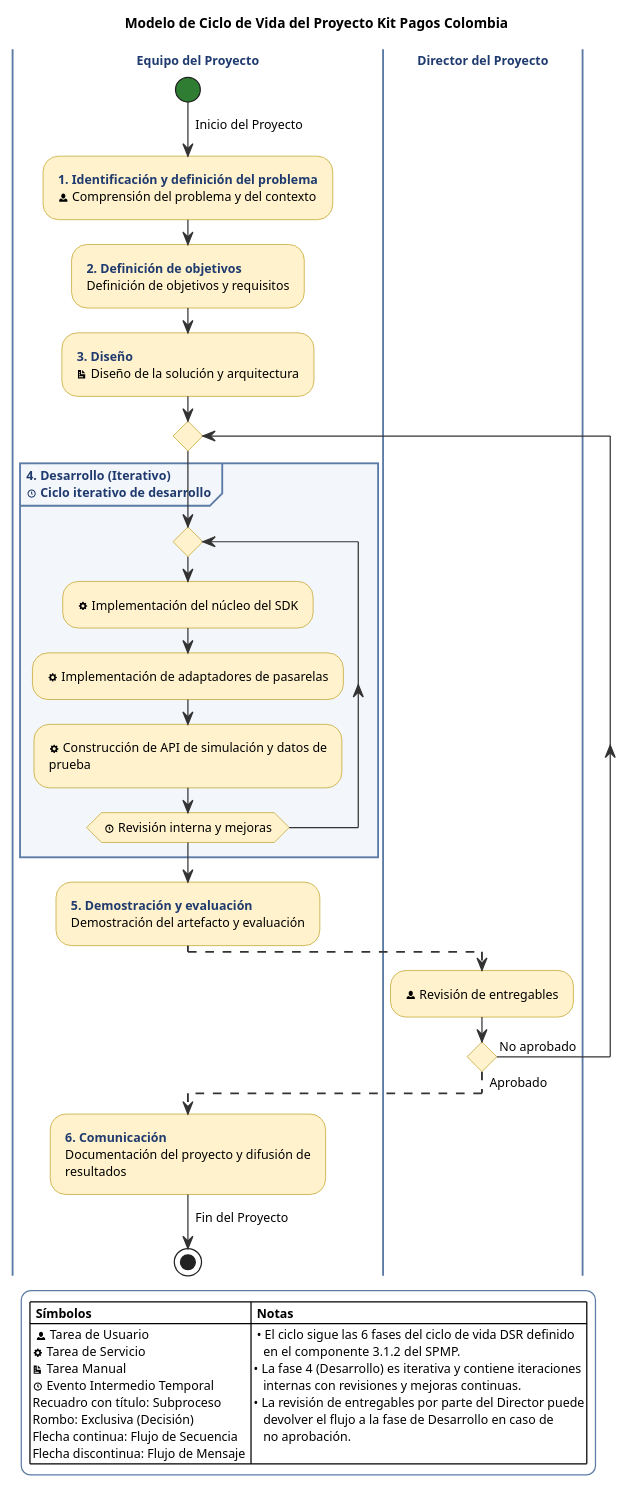
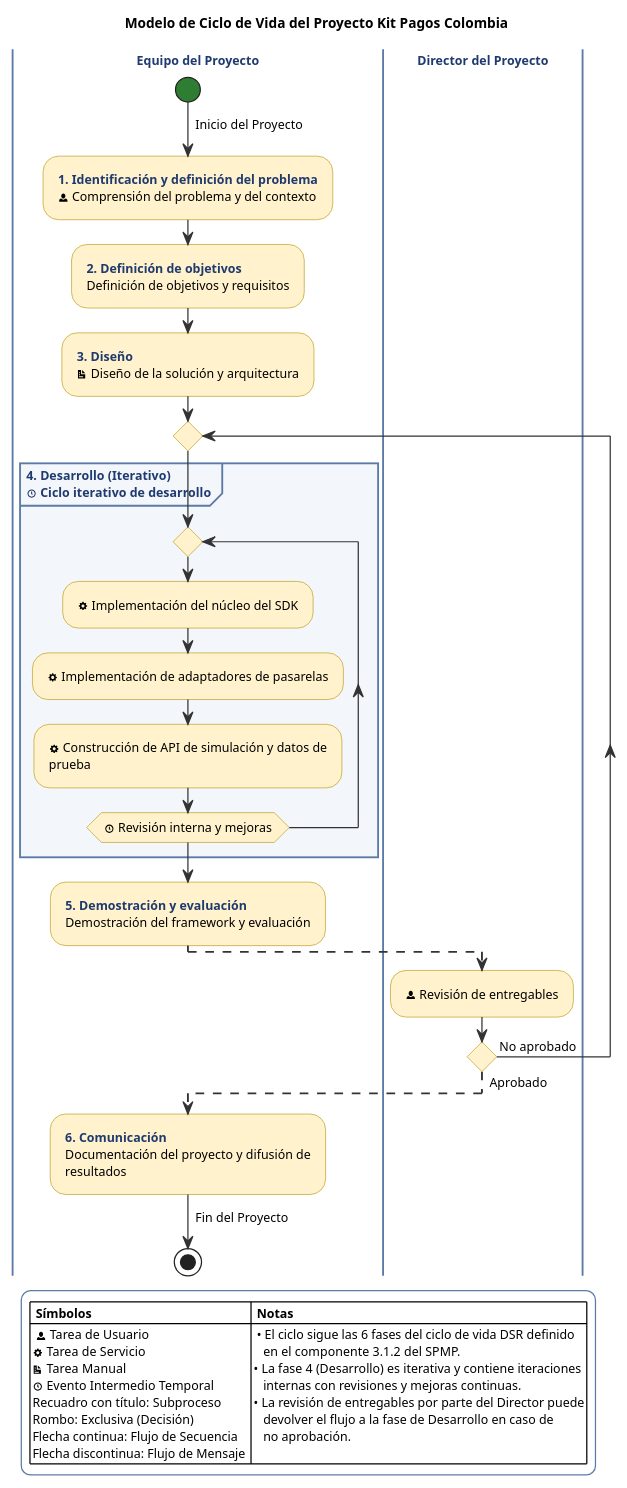
Before and after one commit to PurosBrothers/Kit-Pagos-Colombia---Tesis: the diagram in docs/final-doc/spmp/figuras/diagrams-source/01-ciclo-de-vida.puml, drawn with PlantUML. The commit also changed 10 other files, not shown here.

```diff
--- a/docs/final-doc/spmp/figuras/diagrams-source/01-ciclo-de-vida.puml
+++ b/docs/final-doc/spmp/figuras/diagrams-source/01-ciclo-de-vida.puml
@@ -1,72 +1,72 @@
 @startuml 01-ciclo-de-vida
 skinparam backgroundColor white
 skinparam defaultFontName Helvetica
 skinparam defaultFontSize 10
 skinparam titleFontSize 11
 skinparam ArrowFontSize 10
 skinparam NoteFontSize 10
 skinparam legendFontSize 10
 skinparam swimlaneTitleFontSize 10
 skinparam wrapWidth 230
 skinparam padding 2
 skinparam ArrowColor #333333
 skinparam activity {
   BackgroundColor #FFF2CC
   BorderColor #B7950B
   DiamondBackgroundColor #FFF2CC
   DiamondBorderColor #B7950B
   StartColor #2E7D32
   EndColor #C62828
 }
 skinparam partition {
   BorderColor #5B7BA6
   FontColor #1F3A6E
   FontStyle bold
 }
 skinparam swimlane {
   BorderColor #5B7BA6
   TitleFontColor #1F3A6E
   TitleFontStyle bold
 }
 skinparam legend {
   BackgroundColor white
   BorderColor #5B7BA6
 }
 
 title Modelo de Ciclo de Vida del Proyecto Kit Pagos Colombia
 
 |Equipo del Proyecto|
 start
 -> Inicio del Proyecto;
 :<color:#1F3A6E><b>1. Identificación y definición del problema</b></color>
 <&person> Comprensión del problema y del contexto;
 :<color:#1F3A6E><b>2. Definición de objetivos</b></color>
 Definición de objetivos y requisitos;
 :<color:#1F3A6E><b>3. Diseño</b></color>
 <&document> Diseño de la solución y arquitectura;
 repeat
   partition "4. Desarrollo (Iterativo)\n<&clock> Ciclo iterativo de desarrollo" #F3F6FA {
     repeat
       :<&cog> Implementación del núcleo del SDK;
       :<&cog> Implementación de adaptadores de pasarelas;
       :<&cog> Construcción de API de simulación y datos de prueba;
     repeat while (<&clock> Revisión interna y mejoras)
   }
   :<color:#1F3A6E><b>5. Demostración y evaluación</b></color>
-Demostración del artefacto y evaluación;
+Demostración del framework y evaluación;
   -[dashed]->
   |Director del Proyecto|
   :<&person> Revisión de entregables;
 repeat while () is (No aprobado) not (Aprobado)
 -[dashed]->
 |Equipo del Proyecto|
 :<color:#1F3A6E><b>6. Comunicación</b></color>
 Documentación del proyecto y difusión de resultados;
 -> Fin del Proyecto;
 stop
 
 legend bottom left
   |= Símbolos |= Notas |
   | <&person> Tarea de Usuario\n<&cog> Tarea de Servicio\n<&document> Tarea Manual\n<&clock> Evento Intermedio Temporal\nRecuadro con título: Subproceso\nRombo: Exclusiva (Decisión)\nFlecha continua: Flujo de Secuencia\nFlecha discontinua: Flujo de Mensaje | • El ciclo sigue las 6 fases del ciclo de vida DSR definido\n   en el componente 3.1.2 del SPMP.\n• La fase 4 (Desarrollo) es iterativa y contiene iteraciones\n   internas con revisiones y mejoras continuas.\n• La revisión de entregables por parte del Director puede\n   devolver el flujo a la fase de Desarrollo en caso de\n   no aprobación. |
 endlegend
 @enduml
```
